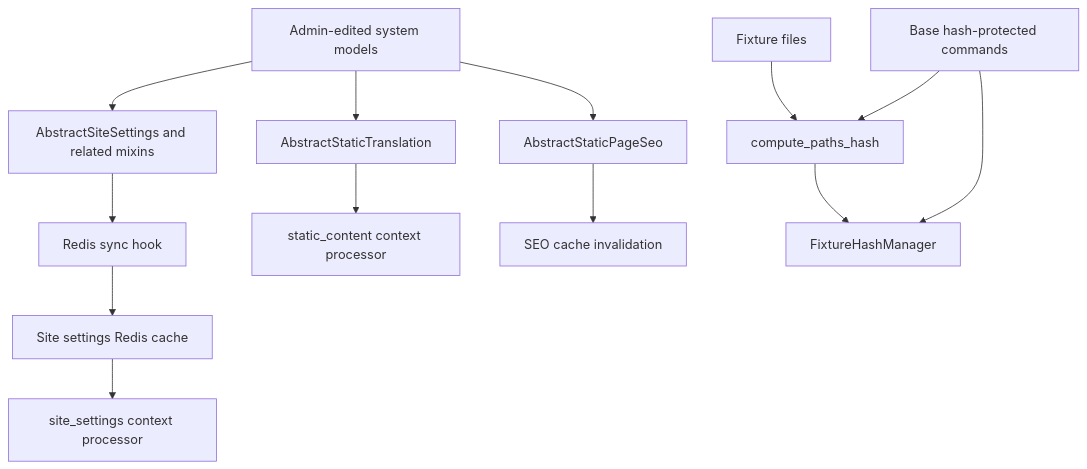
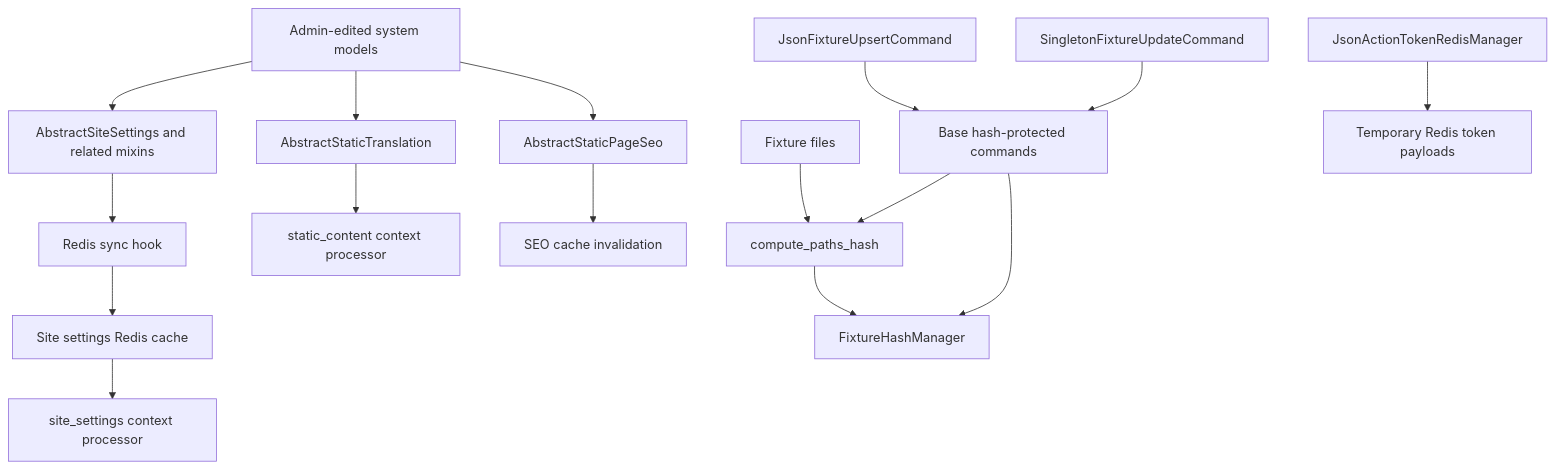
Before and after one commit to CodexDLC/codex-django: the diagram in docs/en/architecture/system.md, drawn with Mermaid. The commit also changed other lines of this file and 15 other files, not shown here.

Commit message:
feat: add system fixture and token seams

````diff
--- a/docs/en/architecture/system.md
+++ b/docs/en/architecture/system.md
@@ -111,15 +128,18 @@
 ```mermaid
 flowchart TD
     A["Admin-edited system models"] --> B["AbstractSiteSettings and related mixins"]
     A --> C["AbstractStaticTranslation"]
     A --> D["AbstractStaticPageSeo"]
     B --> E["Redis sync hook"]
     E --> F["Site settings Redis cache"]
     F --> G["site_settings context processor"]
     C --> H["static_content context processor"]
     D --> I["SEO cache invalidation"]
     J["Fixture files"] --> K["compute_paths_hash"]
     K --> L["FixtureHashManager"]
     M["Base hash-protected commands"] --> K
     M --> L
+    N["JsonFixtureUpsertCommand"] --> M
+    O["SingletonFixtureUpdateCommand"] --> M
+    P["JsonActionTokenRedisManager"] --> Q["Temporary Redis token payloads"]
 ```
````
